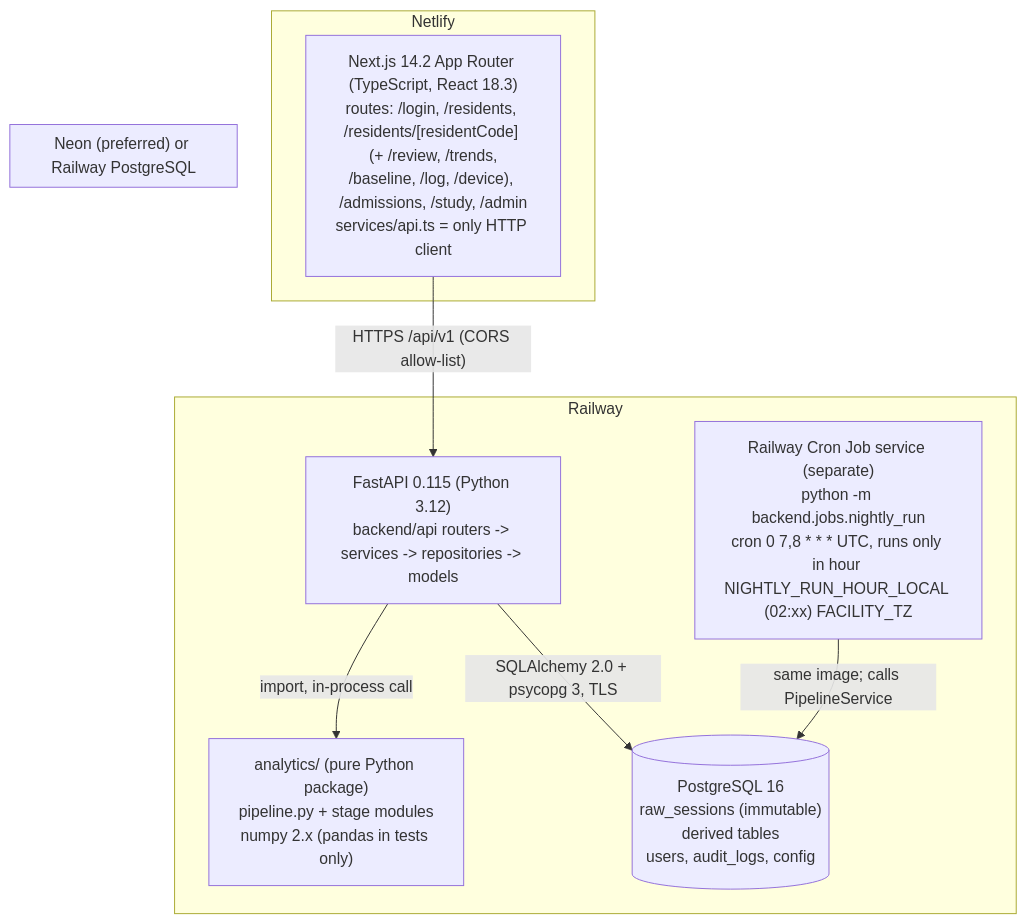
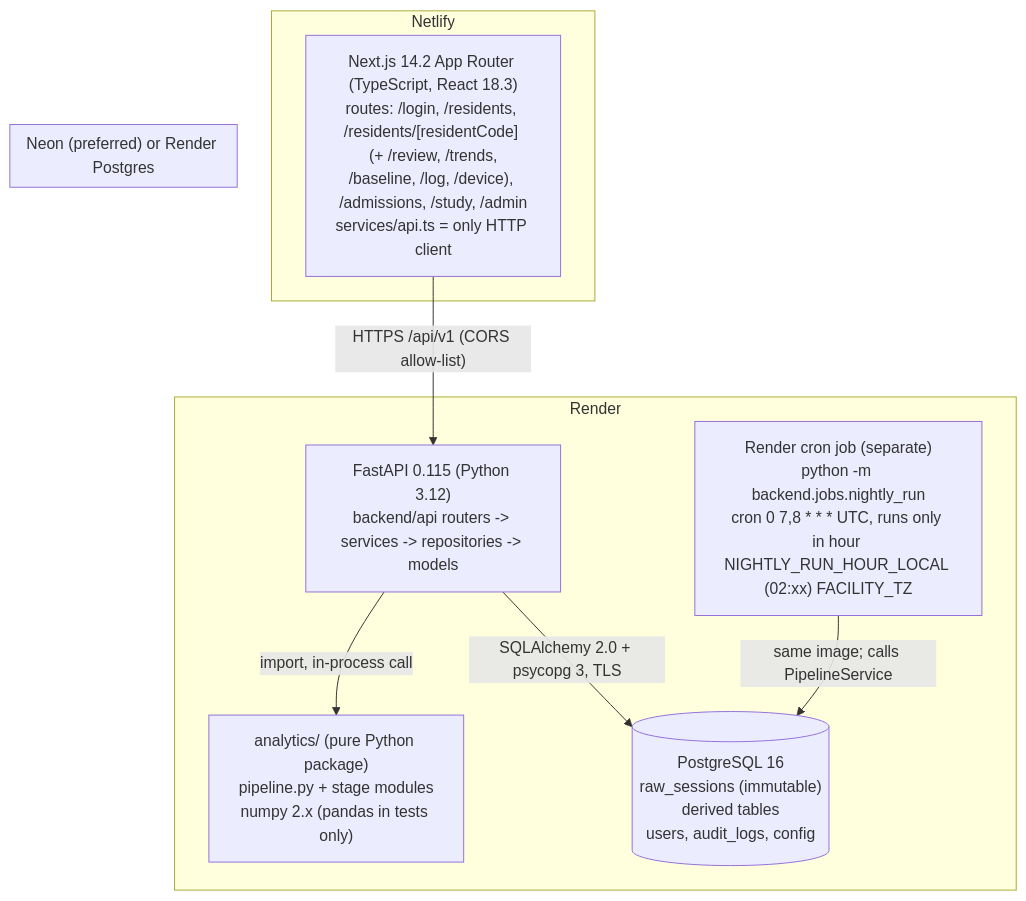
One commit to EchoWellApp/echowell changed the second of 7 diagrams in specs/TRD/01_System_Architecture_TRD.md. Above: the diagram before and after it, drawn with Mermaid. The commit also changed other lines of this file and 60 other files, not shown here.

First line of the commit message:
docs(deploy): move the interim backend host from Railway to Render (D-153)

````diff
--- a/specs/TRD/01_System_Architecture_TRD.md
+++ b/specs/TRD/01_System_Architecture_TRD.md
@@ -73,18 +73,18 @@
 ```mermaid
 flowchart TB
     subgraph Netlify
         NX["Next.js 14.2 App Router (TypeScript, React 18.3)<br/>routes: /login, /residents, /residents/[residentCode] (+ /review, /trends,<br/>/baseline, /log, /device), /admissions, /study, /admin<br/>services/api.ts = only HTTP client"]
     end
-    subgraph Railway
+    subgraph Render
         API["FastAPI 0.115 (Python 3.12)<br/>backend/api routers -> services -> repositories -> models"]
         ANA["analytics/ (pure Python package)<br/>pipeline.py + stage modules<br/>numpy 2.x (pandas in tests only)"]
-        SCH["Railway Cron Job service (separate)<br/>python -m backend.jobs.nightly_run<br/>cron 0 7,8 * * * UTC, runs only in hour NIGHTLY_RUN_HOUR_LOCAL (02:xx) FACILITY_TZ"]
+        SCH["Render cron job (separate)<br/>python -m backend.jobs.nightly_run<br/>cron 0 7,8 * * * UTC, runs only in hour NIGHTLY_RUN_HOUR_LOCAL (02:xx) FACILITY_TZ"]
         API -- "import, in-process call" --> ANA
         SCH -- "same image; calls PipelineService" --> PG
     end
-    subgraph Neon["Neon (preferred) or Railway PostgreSQL"]
+    subgraph Neon["Neon (preferred) or Render Postgres"]
         PG[("PostgreSQL 16<br/>raw_sessions (immutable)<br/>derived tables<br/>users, audit_logs, config")]
     end
     NX -- "HTTPS /api/v1 (CORS allow-list)" --> API
     API -- "SQLAlchemy 2.0 + psycopg 3, TLS" --> PG
 ```
````
